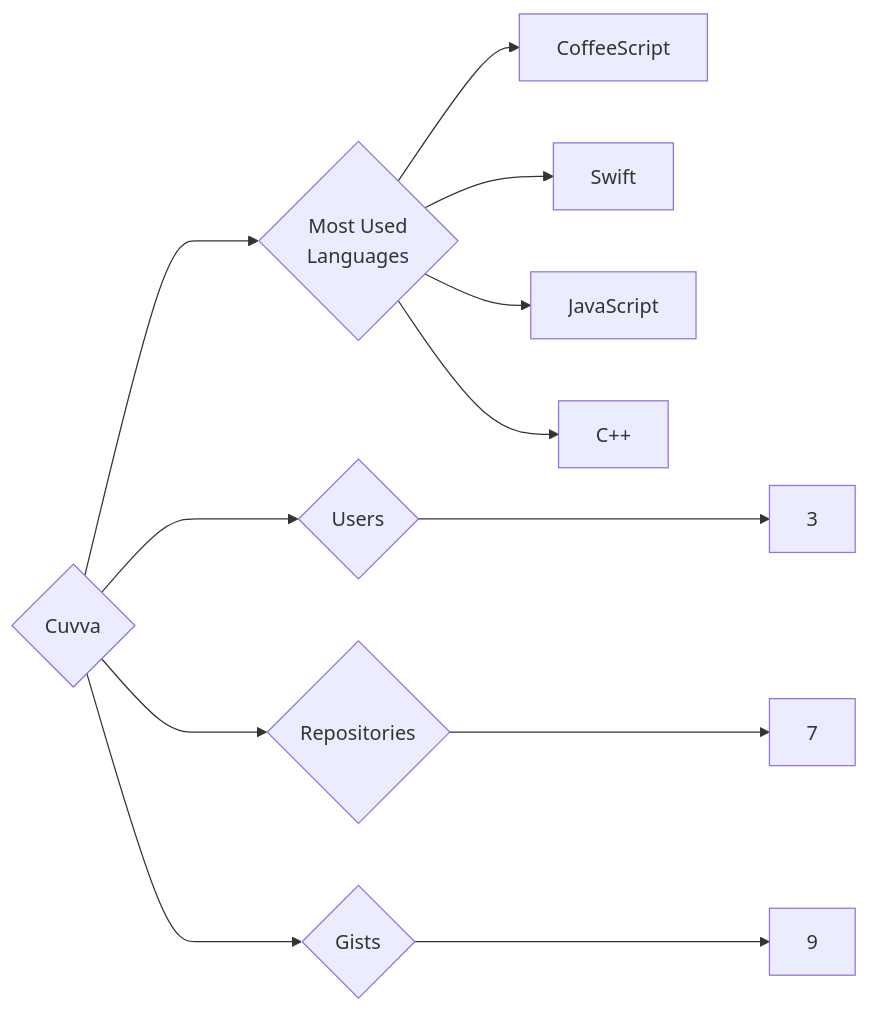
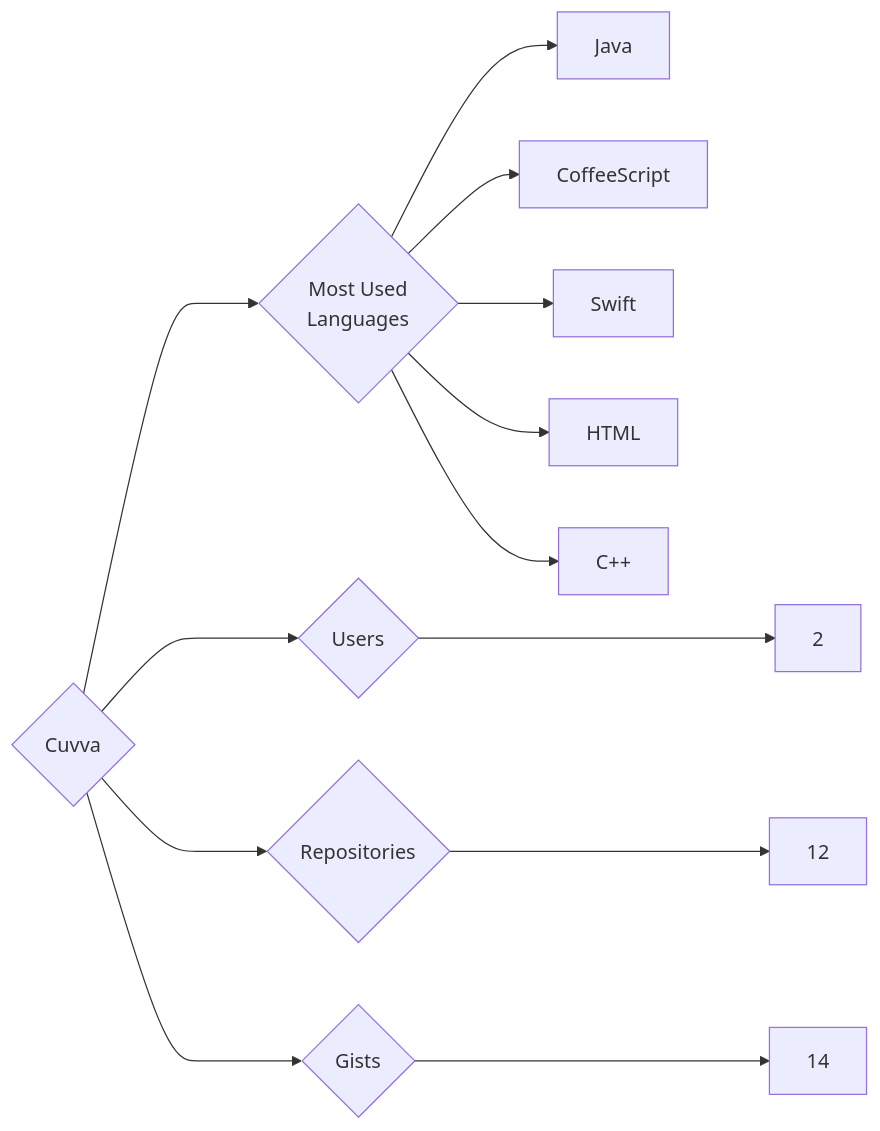
One commit to trickest/insiders changed the diagram in targets/Cuvva/README.md. Above: the diagram before and after it, drawn with Mermaid. The commit also changed 682 other files, not shown here.

````diff
--- a/targets/Cuvva/README.md
+++ b/targets/Cuvva/README.md
@@ -3,12 +3,13 @@
 ```mermaid
 graph LR
 COMPANY_NAME{Cuvva}
-COMPANY_NAME ---> U{Users} ---> UN[3]
-COMPANY_NAME ---> R{Repositories} ---> RN[7]
-COMPANY_NAME ---> G{Gists} ---> GN[9]
+COMPANY_NAME ---> U{Users} ---> UN[2]
+COMPANY_NAME ---> R{Repositories} ---> RN[12]
+COMPANY_NAME ---> G{Gists} ---> GN[14]
 COMPANY_NAME ---> ML{Most Used<br>Languages}
+ML --> Java[Java]
 ML --> CoffeeScript[CoffeeScript]
 ML --> Swift[Swift]
-ML --> JavaScript[JavaScript]
+ML --> HTML[HTML]
 ML --> C++[C++]
 ```
````
